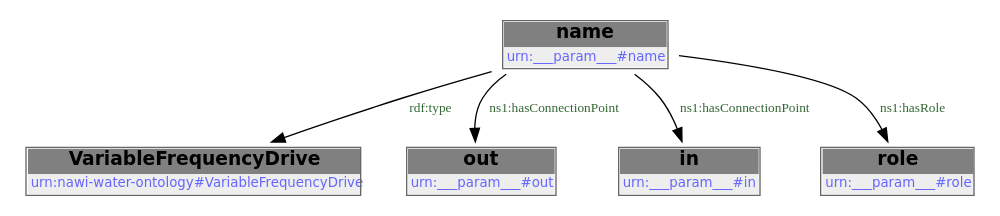
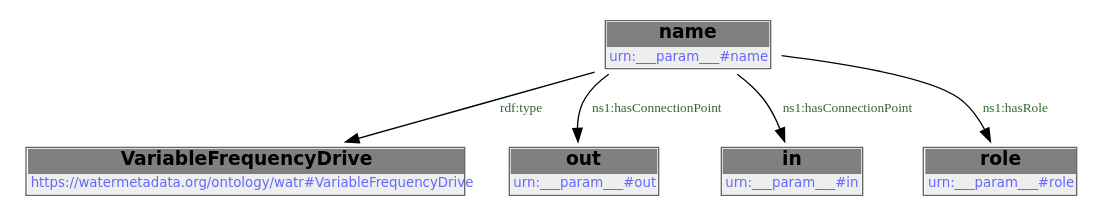
The first of 2 diagrams in docs/libraries/templates/vfd.rst (DataDrivenCPS/water-ontology), drawn with Graphviz before and after one commit. The commit also changed other lines of this file and 43 other files, not shown here.

First line of the commit message:
feat: move ontology to https://watermetadata.org base URI

```diff
--- a/docs/libraries/templates/vfd.rst
+++ b/docs/libraries/templates/vfd.rst
@@ -78,14 +78,14 @@
         .. graphviz::
 
                 digraph G {
             node [fontname="DejaVu Sans"];
             node0 -> node1 [color=BLACK, label=< <font point-size='10' color='#336633'>rdf:type</font> >];
             node0 -> node2 [color=BLACK, label=< <font point-size='10' color='#336633'>ns1:hasConnectionPoint</font> >];
             node0 -> node3 [color=BLACK, label=< <font point-size='10' color='#336633'>ns1:hasConnectionPoint</font> >];
             node0 -> node4 [color=BLACK, label=< <font point-size='10' color='#336633'>ns1:hasRole</font> >];
             node0 [shape=none, color=black, label=< <table color='#666666' cellborder='0' cellspacing='0' border='1'><tr><td colspan='2' bgcolor='grey'><B>name</B></td></tr><tr><td href='urn:___param___#name' bgcolor='#eeeeee' colspan='2'><font point-size='10' color='#6666ff'>urn:___param___#name</font></td></tr></table> >];
-            node1 [shape=none, color=black, label=< <table color='#666666' cellborder='0' cellspacing='0' border='1'><tr><td colspan='2' bgcolor='grey'><B>VariableFrequencyDrive</B></td></tr><tr><td href='urn:nawi-water-ontology#VariableFrequencyDrive' bgcolor='#eeeeee' colspan='2'><font point-size='10' color='#6666ff'>urn:nawi-water-ontology#VariableFrequencyDrive</font></td></tr></table> >];
+            node1 [shape=none, color=black, label=< <table color='#666666' cellborder='0' cellspacing='0' border='1'><tr><td colspan='2' bgcolor='grey'><B>VariableFrequencyDrive</B></td></tr><tr><td href='https://watermetadata.org/ontology/watr#VariableFrequencyDrive' bgcolor='#eeeeee' colspan='2'><font point-size='10' color='#6666ff'>https://watermetadata.org/ontology/watr#VariableFrequencyDrive</font></td></tr></table> >];
             node2 [shape=none, color=black, label=< <table color='#666666' cellborder='0' cellspacing='0' border='1'><tr><td colspan='2' bgcolor='grey'><B>out</B></td></tr><tr><td href='urn:___param___#out' bgcolor='#eeeeee' colspan='2'><font point-size='10' color='#6666ff'>urn:___param___#out</font></td></tr></table> >];
             node3 [shape=none, color=black, label=< <table color='#666666' cellborder='0' cellspacing='0' border='1'><tr><td colspan='2' bgcolor='grey'><B>in</B></td></tr><tr><td href='urn:___param___#in' bgcolor='#eeeeee' colspan='2'><font point-size='10' color='#6666ff'>urn:___param___#in</font></td></tr></table> >];
             node4 [shape=none, color=black, label=< <table color='#666666' cellborder='0' cellspacing='0' border='1'><tr><td colspan='2' bgcolor='grey'><B>role</B></td></tr><tr><td href='urn:___param___#role' bgcolor='#eeeeee' colspan='2'><font point-size='10' color='#6666ff'>urn:___param___#role</font></td></tr></table> >];
             }
```
